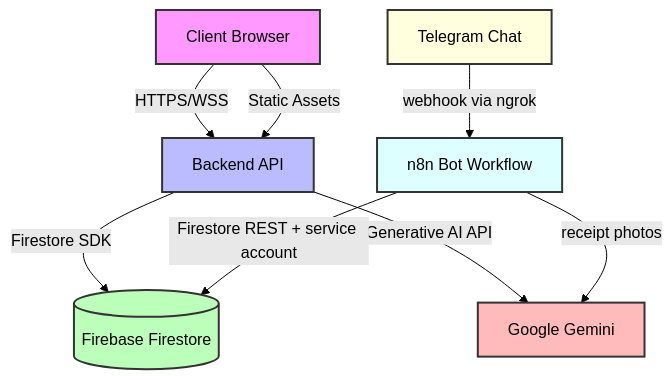
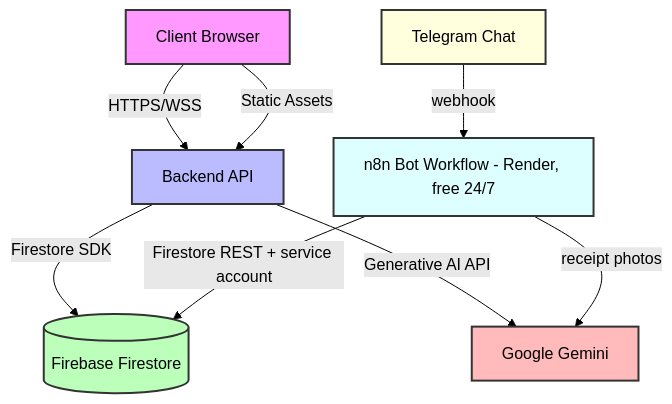
The first of 15 diagrams in README.md (Atharva0177/Expense-Planner), drawn with Mermaid (forest theme) before and after one commit. The commit also changed other lines of this file and 5 other files, not shown here.

First line of the commit message:
Add n8n automation flowchart (README + n8n/README), fix stale ngrok references

````diff
--- a/README.md
+++ b/README.md
@@ -135,17 +135,17 @@
 ```mermaid
 flowchart TD
     A[Client Browser] -->|HTTPS/WSS| B[Backend API]
     B -->|Firestore SDK| C[(Firebase Firestore)]
     B -->|Generative AI API| D[Google Gemini]
     A -->|Static Assets| B
-    E[Telegram Chat] -->|webhook via ngrok| F[n8n Bot Workflow]
+    E[Telegram Chat] -->|webhook| F[n8n Bot Workflow - Render, free 24/7]
     F -->|Firestore REST + service account| C
     F -->|receipt photos| D
 
     style A fill:#f9f,stroke:#333,stroke-width:2px
     style B fill:#bbf,stroke:#333,stroke-width:2px
     style C fill:#bfb,stroke:#333,stroke-width:2px
     style D fill:#fbb,stroke:#333,stroke-width:2px
     style E fill:#ffd,stroke:#333,stroke-width:2px
     style F fill:#dff,stroke:#333,stroke-width:2px
 ```
````
